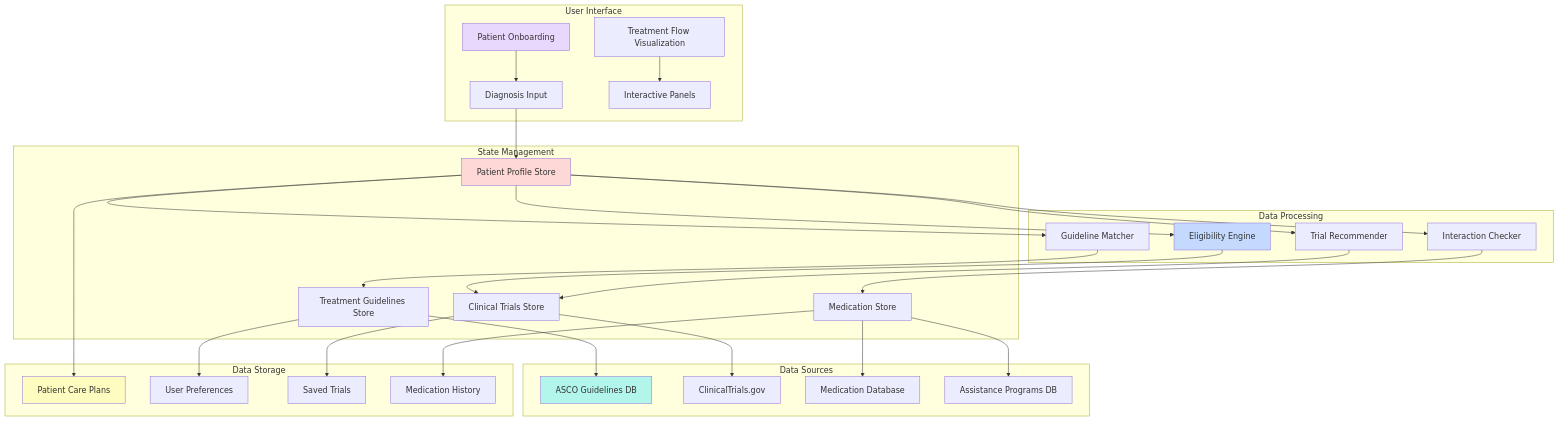
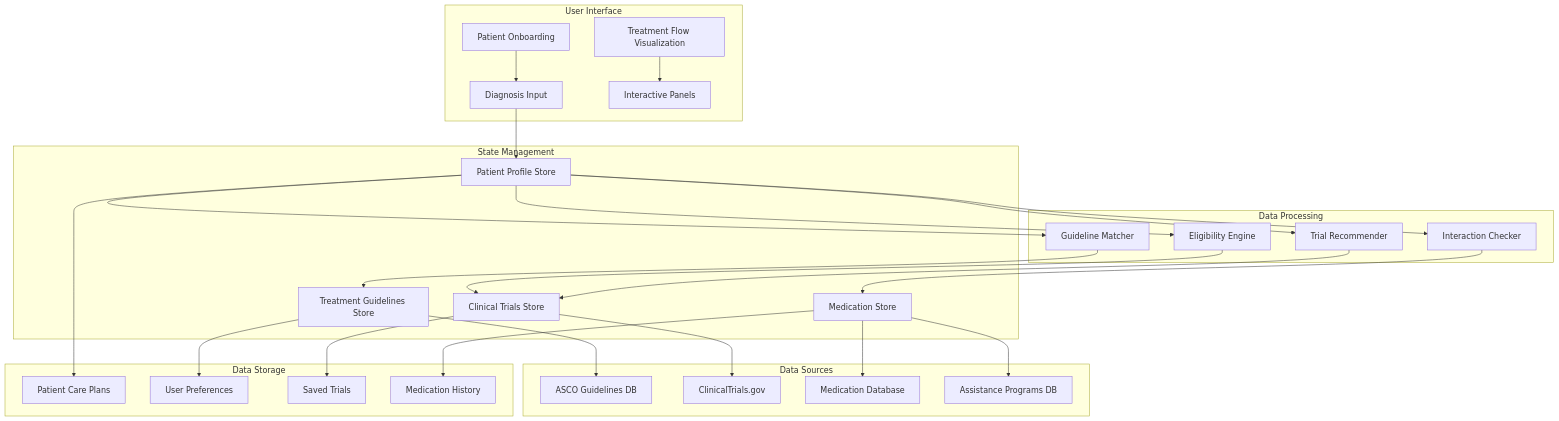
Before and after one commit to genewang/Ayuma: the third of 14 diagrams in ARCHITECTURE.md, drawn with Mermaid. The commit also changed other lines of this file and 2 other files, not shown here.

First line of the commit message:
docs: standardize Mermaid diagram styling across documentation

````diff
--- a/ARCHITECTURE.md
+++ b/ARCHITECTURE.md
@@ -149,65 +143,60 @@
 ```mermaid
 flowchart TB
     subgraph User Interface
         A[Patient Onboarding]
         B[Diagnosis Input]
         C[Treatment Flow Visualization]
         D[Interactive Panels]
     end
 
     subgraph State Management
         E[Patient Profile Store]
         F[Treatment Guidelines Store]
         G[Clinical Trials Store]
         H[Medication Store]
     end
 
     subgraph Data Processing
         I[Eligibility Engine]
         J[Guideline Matcher]
         K[Trial Recommender]
         L[Interaction Checker]
     end
 
     subgraph Data Sources
         M[ASCO Guidelines DB]
         N[ClinicalTrials.gov]
         O[Medication Database]
         P[Assistance Programs DB]
     end
 
     subgraph Data Storage
         Q[Patient Care Plans]
         R[User Preferences]
         S[Saved Trials]
         T[Medication History]
     end
 
     A --> B --> E
     C --> D
     E --> I
     E --> J
     E --> K
     E --> L
 
     I --> G
     J --> F
     K --> G
     L --> H
 
     F --> M
     G --> N
     H --> O
     H --> P
 
     E --> Q
     F --> R
     G --> S
     H --> T
 
-    style A fill:#e9d8fd
-    style E fill:#fed7d7
-    style I fill:#c3dafe
-    style M fill:#b2f5ea
-    style Q fill:#fefcbf
 ```
````
